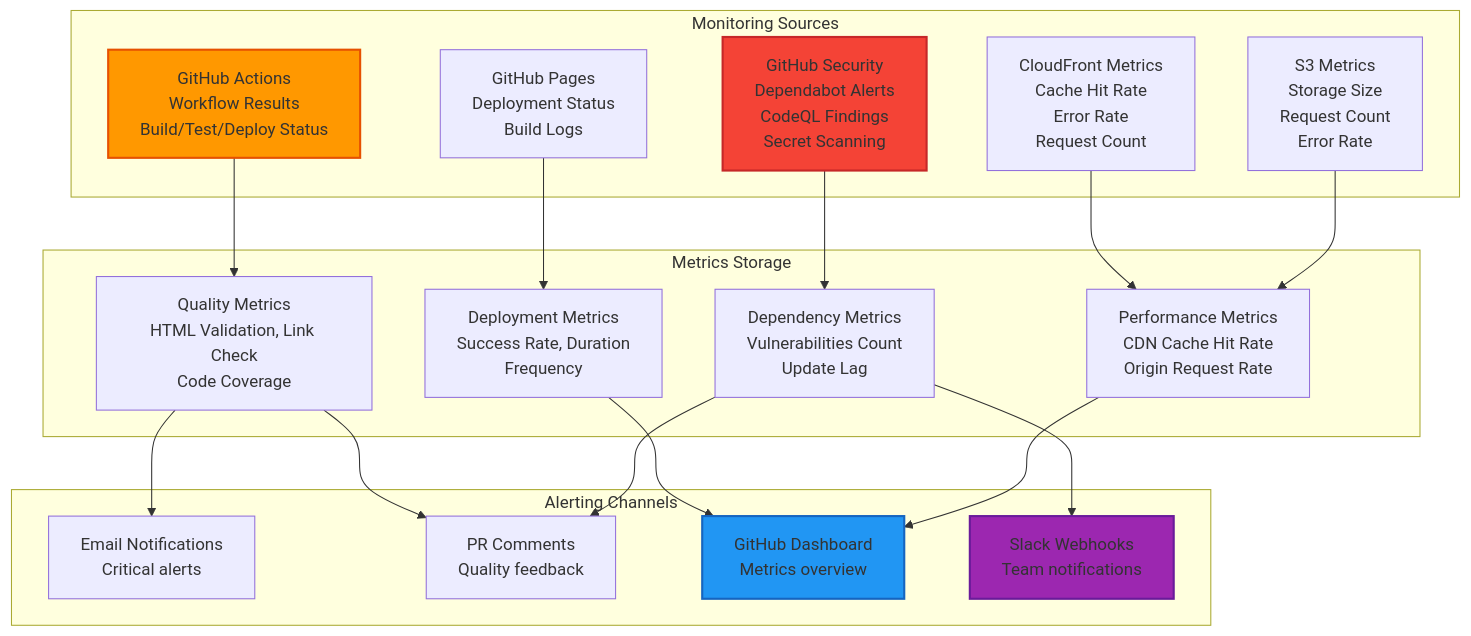
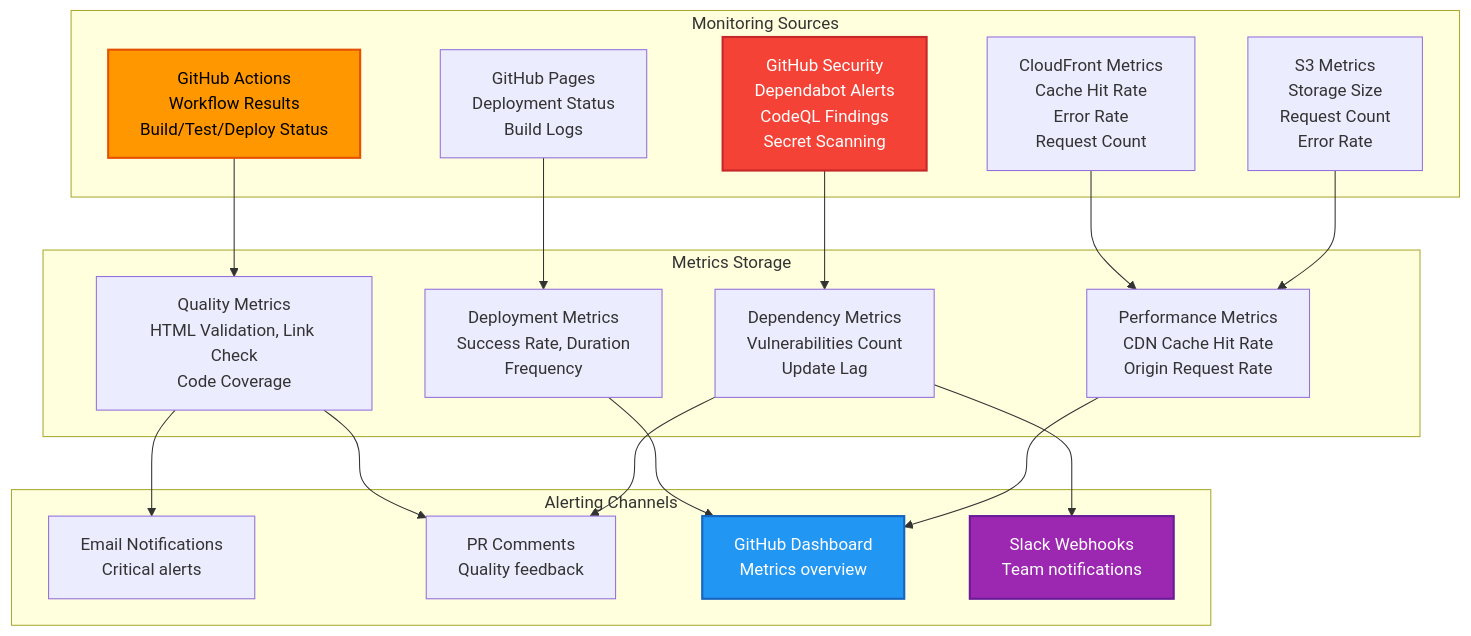
One commit to Hack23/riksdagsmonitor changed diagram 14 of 16 in ARCHITECTURE.md. Above: the diagram before and after it, drawn with Mermaid. The commit also changed other lines of this file and 11 other files, not shown here.

First line of the commit message:
Fix broken mermaid diagrams: SWOT gantt, quadrantChart theming, init quotes, text colors

````diff
--- a/ARCHITECTURE.md
+++ b/ARCHITECTURE.md
@@ -1214,42 +1214,42 @@
 ```mermaid
 graph TB
     subgraph "Monitoring Sources"
         GH[GitHub Actions<br/>Workflow Results<br/>Build/Test/Deploy Status]
         Pages[GitHub Pages<br/>Deployment Status<br/>Build Logs]
         Security[GitHub Security<br/>Dependabot Alerts<br/>CodeQL Findings<br/>Secret Scanning]
         CloudFront[CloudFront Metrics<br/>Cache Hit Rate<br/>Error Rate<br/>Request Count]
         S3[S3 Metrics<br/>Storage Size<br/>Request Count<br/>Error Rate]
     end
     
     subgraph "Alerting Channels"
         Email[Email Notifications<br/>Critical alerts]
         PR[PR Comments<br/>Quality feedback]
         Dashboard[GitHub Dashboard<br/>Metrics overview]
         Slack[Slack Webhooks<br/>Team notifications]
     end
     
     subgraph "Metrics Storage"
         Quality[Quality Metrics<br/>HTML Validation, Link Check<br/>Code Coverage]
         Deps[Dependency Metrics<br/>Vulnerabilities Count<br/>Update Lag]
         Deploy[Deployment Metrics<br/>Success Rate, Duration<br/>Frequency]
         Performance[Performance Metrics<br/>CDN Cache Hit Rate<br/>Origin Request Rate]
     end
     
     GH --> Quality
     Pages --> Deploy
     Security --> Deps
     CloudFront --> Performance
     S3 --> Performance
     
     Quality --> Email
     Quality --> PR
     Deps --> PR
     Deps --> Slack
     Deploy --> Dashboard
     Performance --> Dashboard
     
-    style GH fill:#ff9800,stroke:#e65100,stroke-width:2px
-    style Security fill:#f44336,stroke:#c62828,stroke-width:2px
-    style Dashboard fill:#2196f3,stroke:#1565c0,stroke-width:2px
-    style Slack fill:#9c27b0,stroke:#6a1b9a,stroke-width:2px
+    style GH fill:#ff9800,stroke:#e65100,stroke-width:2px,color:#000000
+    style Security fill:#f44336,stroke:#c62828,stroke-width:2px,color:#ffffff
+    style Dashboard fill:#2196f3,stroke:#1565c0,stroke-width:2px,color:#ffffff
+    style Slack fill:#9c27b0,stroke:#6a1b9a,stroke-width:2px,color:#ffffff
 ```
````
